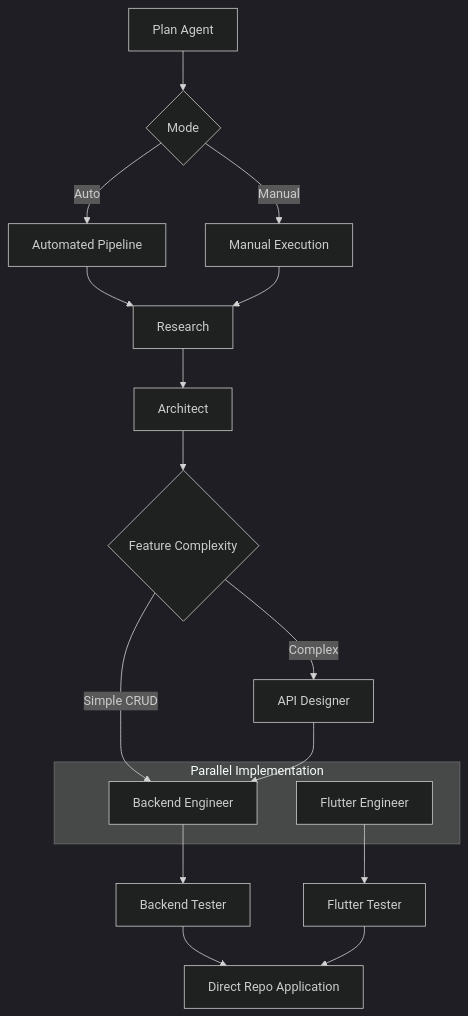
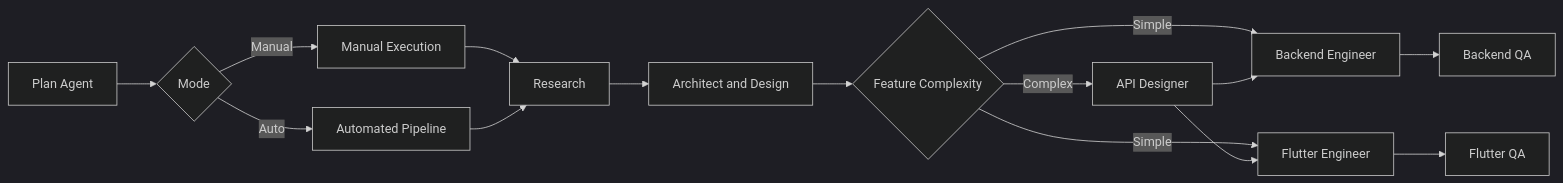
One commit to atmohamedamer/agents changed the diagram in README.md. Above: the diagram before and after it, drawn with Mermaid (dark theme).

````diff
--- a/README.md
+++ b/README.md
@@ -8,28 +8,20 @@
 ```mermaid
-graph TD
-  %% Streamlined Agentic SDLC — dual-mode flow
+graph LR
+  A[Plan Agent] --> B{Mode}
+  B -->|Manual| M[Manual Execution]
+  B -->|Auto| P[Automated Pipeline]
 
-  A[Plan Agent] --> B{Mode}
-  B -->|Manual| C[Manual Execution]
-  B -->|Auto| D[Automated Pipeline]
+  M --> R[Research]
+  P --> R
+  R --> AR[Architect and Design]
 
-  D --> E[Research]
-  E --> F[Architect]
-  F --> G{Feature Complexity}
-  G -->|Complex| H[API Designer]
-  G -->|Simple CRUD| I1
-  H --> I1
+  AR --> C{Feature Complexity}
+  C -->|Complex| API[API Designer]
+  C -->|Simple| BE[Backend Engineer]
+  C -->|Simple| FE[Flutter Engineer]
+  API --> BE
+  API --> FE
 
-  subgraph Parallel Implementation
-    I1[Backend Engineer]
-    I2[Flutter Engineer]
-  end
-
-  I1 --> J1[Backend Tester]
-  I2 --> J2[Flutter Tester]
-
-  J1 --> K[Direct Repo Application]
-  J2 --> K
-
-  C --> E
+  BE --> BT[Backend QA]
+  FE --> FT[Flutter QA]
 ```
````
